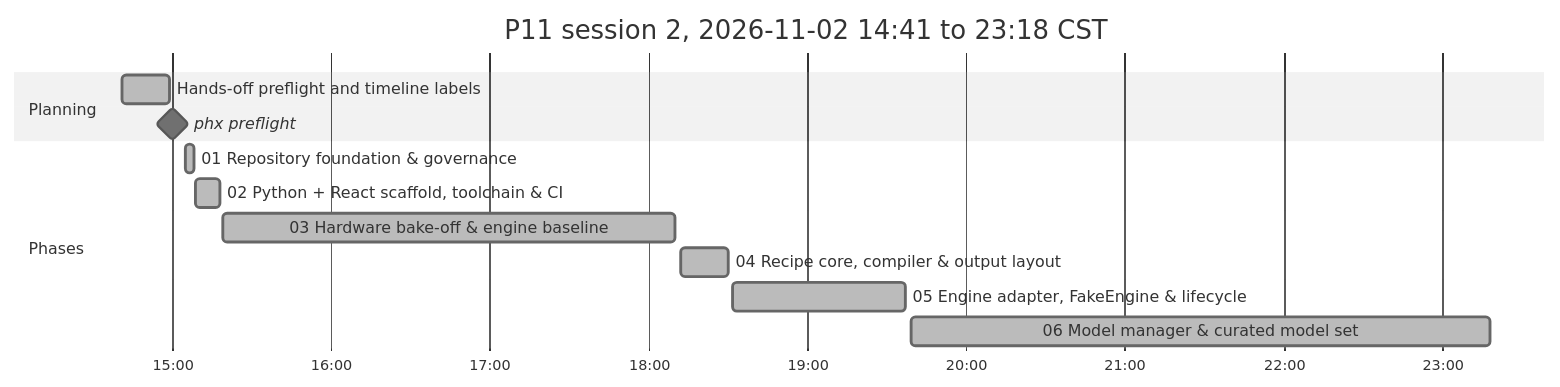
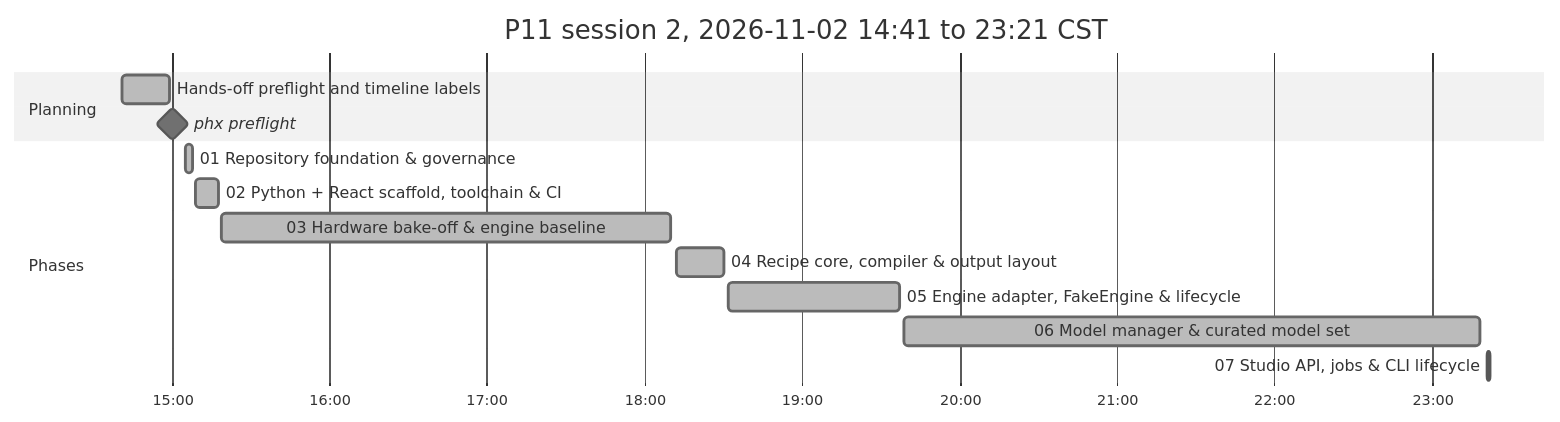
One commit to antonizick/project1111 changed the second of 2 diagrams in P11_IMPLEMENTATION_PLAN.md. Above: the diagram before and after it, drawn with Mermaid (neutral theme). The commit also changed other lines of this file and 1 other file, not shown here.

Commit message:
docs(plan): refresh timeline

````diff
--- a/P11_IMPLEMENTATION_PLAN.md
+++ b/P11_IMPLEMENTATION_PLAN.md
@@ -74,16 +74,17 @@
 ```mermaid
 gantt
-    title P11 session 2, 2026-11-02 14:41 to 23:18 CST
+    title P11 session 2, 2026-11-02 14:41 to 23:21 CST
     dateFormat YYYY-MM-DD HH:mm
     axisFormat %H:%M
     section Planning
     Hands-off preflight and timeline labels :done, plan3, 2026-11-02 14:41, 2026-11-02 14:59
     phx preflight :milestone, pf13ee0d5, 2026-11-02 15:00, 0m
     section Phases
     01 Repository foundation & governance :done, p01s2, 2026-11-02 15:05, 2026-11-02 15:08
     02 Python + React scaffold, toolchain & CI :done, p02s2, 2026-11-02 15:09, 2026-11-02 15:18
     03 Hardware bake-off & engine baseline :done, p03s2, 2026-11-02 15:19, 2026-11-02 18:10
     04 Recipe core, compiler & output layout :done, p04s2, 2026-11-02 18:12, 2026-11-02 18:30
     05 Engine adapter, FakeEngine & lifecycle :done, p05s2, 2026-11-02 18:32, 2026-11-02 19:37
     06 Model manager & curated model set :done, p06s2, 2026-11-02 19:39, 2026-11-02 23:18
+    07 Studio API, jobs & CLI lifecycle :active, p07s2, 2026-11-02 23:21, 2026-11-02 23:22
 ```
````
